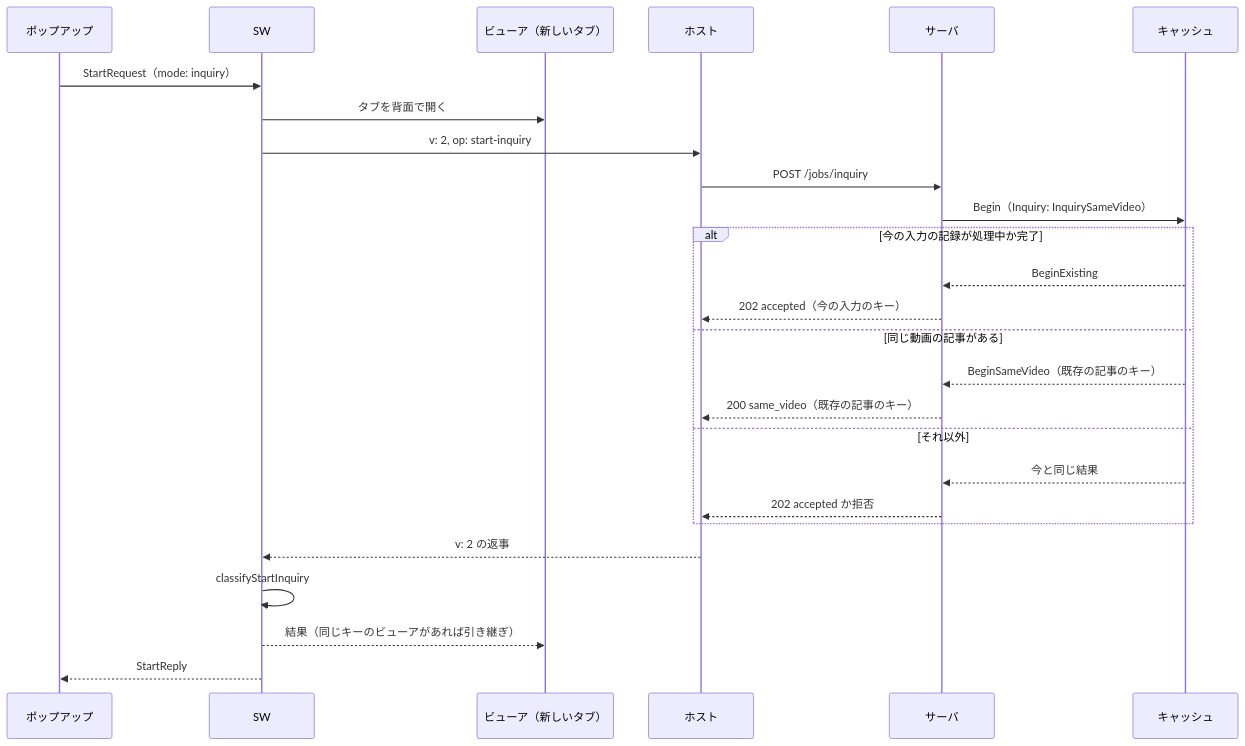
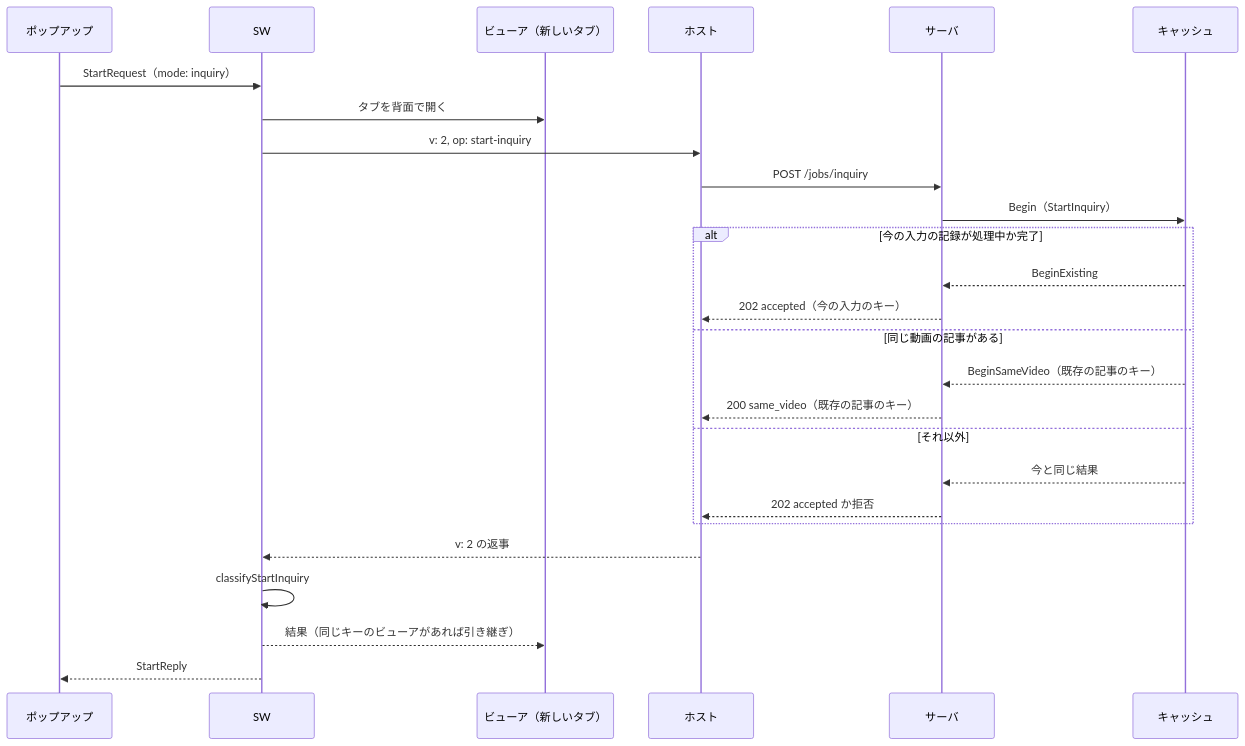
The fourth of 6 diagrams in docs/tasks/0058_same_video_article/02_architecture.md (isseis/yt2column), drawn with Mermaid before and after one commit. The commit also changed other lines of this file, not shown here.

````diff
--- a/docs/tasks/0058_same_video_article/02_architecture.md
+++ b/docs/tasks/0058_same_video_article/02_architecture.md
@@ -800,29 +859,29 @@
 ```mermaid
 sequenceDiagram
     participant P as ポップアップ
     participant W as SW
     participant V as ビューア（新しいタブ）
     participant H as ホスト
     participant S as サーバ
     participant C as キャッシュ
 
     P->>W: StartRequest（mode: inquiry）
     W->>V: タブを背面で開く
     W->>H: v: 2, op: start-inquiry
     H->>S: POST /jobs/inquiry
-    S->>C: Begin（Inquiry: InquirySameVideo）
+    S->>C: Begin（StartInquiry）
     alt 今の入力の記録が処理中か完了
         C-->>S: BeginExisting
         S-->>H: 202 accepted（今の入力のキー）
     else 同じ動画の記事がある
         C-->>S: BeginSameVideo（既存の記事のキー）
         S-->>H: 200 same_video（既存の記事のキー）
     else それ以外
         C-->>S: 今と同じ結果
         S-->>H: 202 accepted か拒否
     end
     H-->>W: v: 2 の返事
     W->>W: classifyStartInquiry
     W-->>V: 結果（同じキーのビューアがあれば引き継ぎ）
     W-->>P: StartReply
 ```
````
